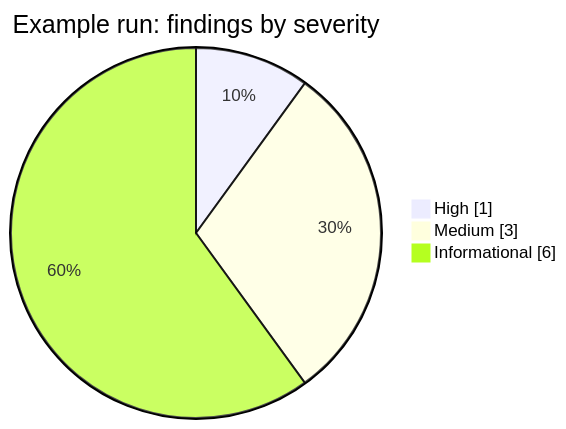
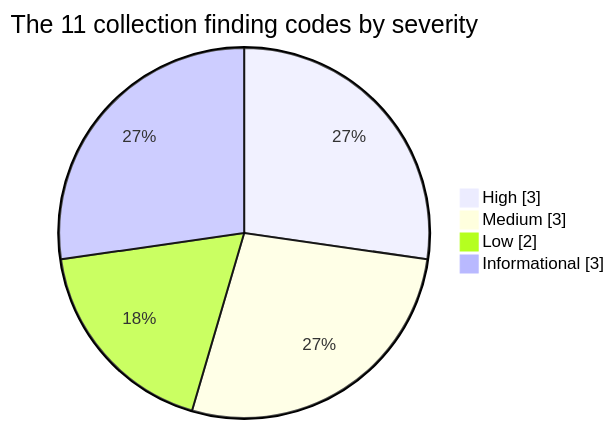
The second of 2 diagrams in docs/reports.md (Panacota96/rv-triage), drawn with Mermaid before and after one commit. The commit also changed other lines of this file and 85 other files, not shown here.

````diff
--- a/docs/reports.md
+++ b/docs/reports.md
@@ -49,7 +55,8 @@
 ```mermaid
 pie showData
-    title Example run: findings by severity
-    "High" : 1
+    title The 11 collection finding codes by severity
+    "High" : 3
     "Medium" : 3
-    "Informational" : 6
+    "Low" : 2
+    "Informational" : 3
 ```
````
